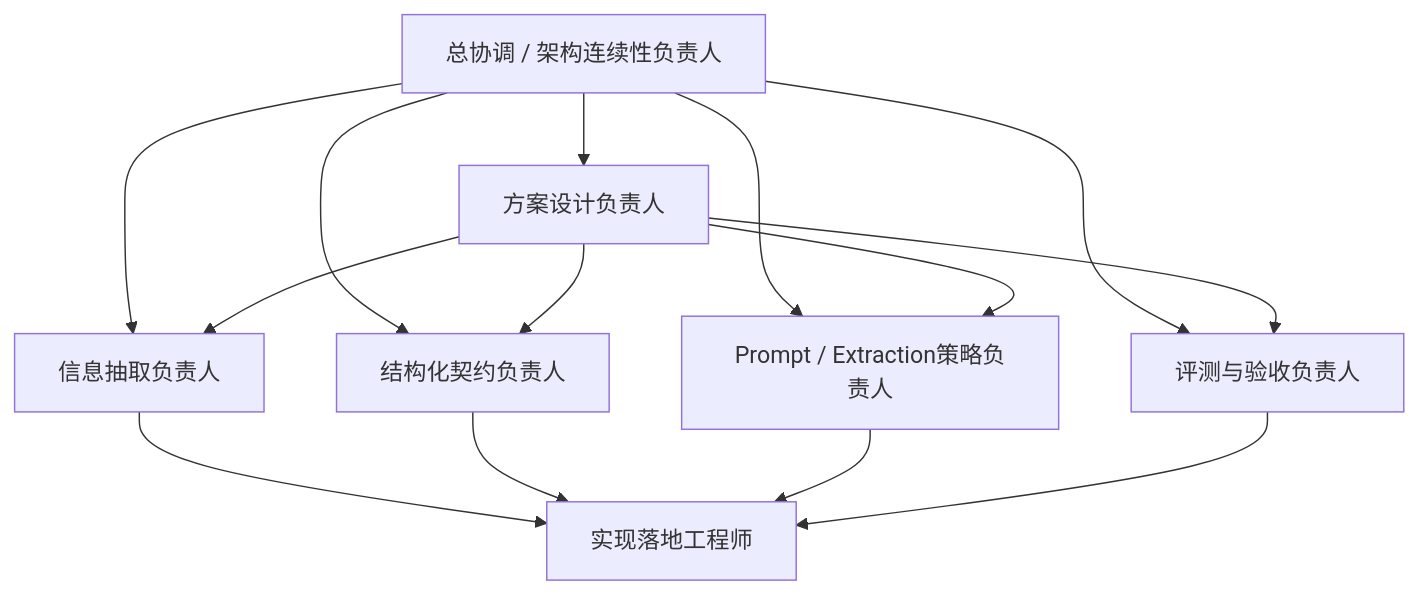
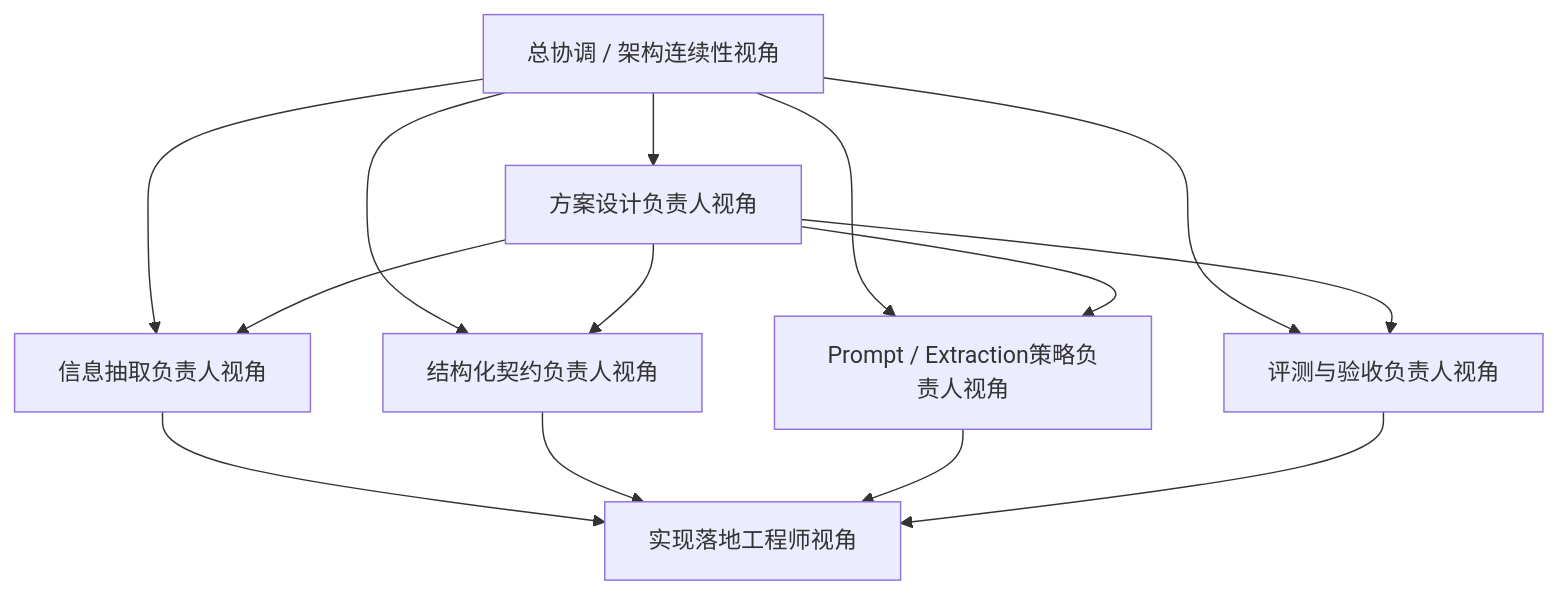
The diagram in data-layer/projects/proj_004/phase2_plan/phase2.1_团队重组建议清单.md (RiddleBox/DesignAssistant), drawn with Mermaid before and after one commit. The commit also changed other lines of this file and 15 other files, not shown here.

````diff
--- a/data-layer/projects/proj_004/phase2_plan/phase2.1_团队重组建议清单.md
+++ b/data-layer/projects/proj_004/phase2_plan/phase2.1_团队重组建议清单.md
@@ -111,16 +130,16 @@
 ```mermaid
 graph TD
-    A[总协调 / 架构连续性负责人] --> B[方案设计负责人]
-    A --> C[信息抽取负责人]
-    A --> D[结构化契约负责人]
-    A --> E[Prompt / Extraction策略负责人]
-    A --> F[评测与验收负责人]
+    A[总协调 / 架构连续性视角] --> B[方案设计负责人视角]
+    A --> C[信息抽取负责人视角]
+    A --> D[结构化契约负责人视角]
+    A --> E[Prompt / Extraction策略负责人视角]
+    A --> F[评测与验收负责人视角]
     B --> C
     B --> D
     B --> E
     B --> F
-    C --> G[实现落地工程师]
+    C --> G[实现落地工程师视角]
     D --> G
     E --> G
     F --> G
 ```
````
